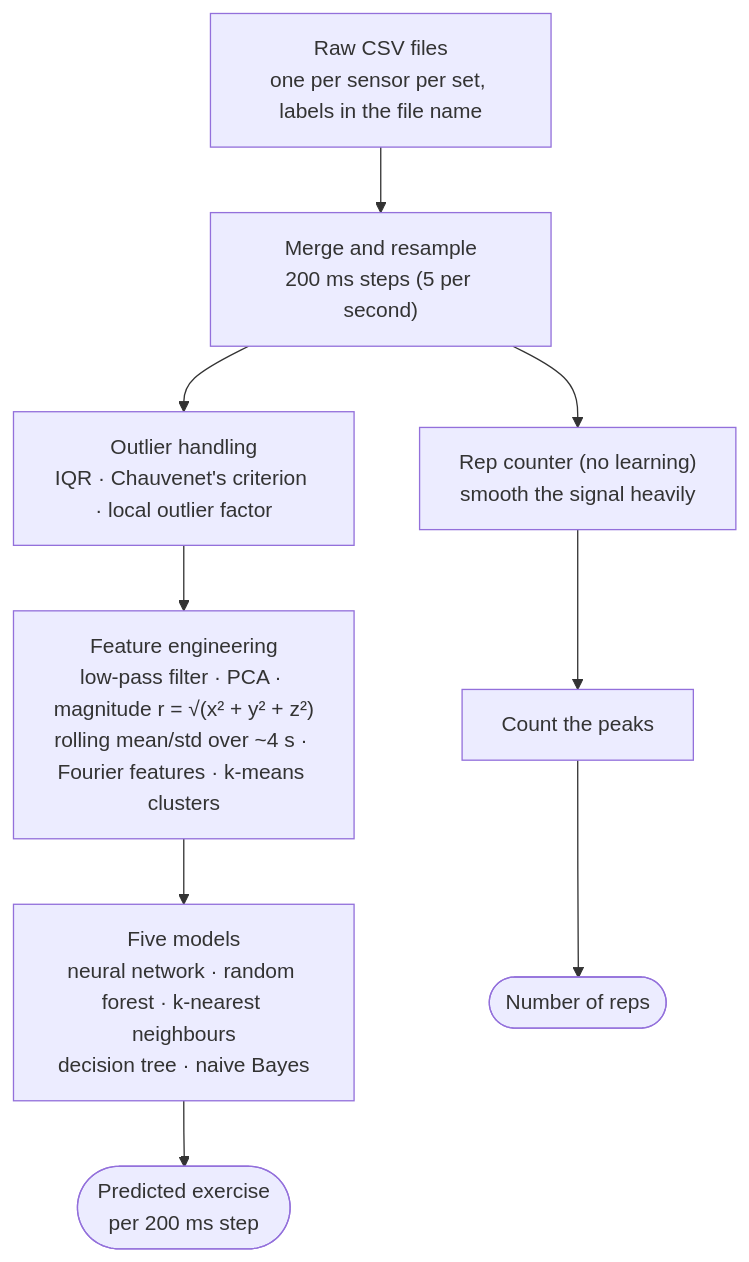
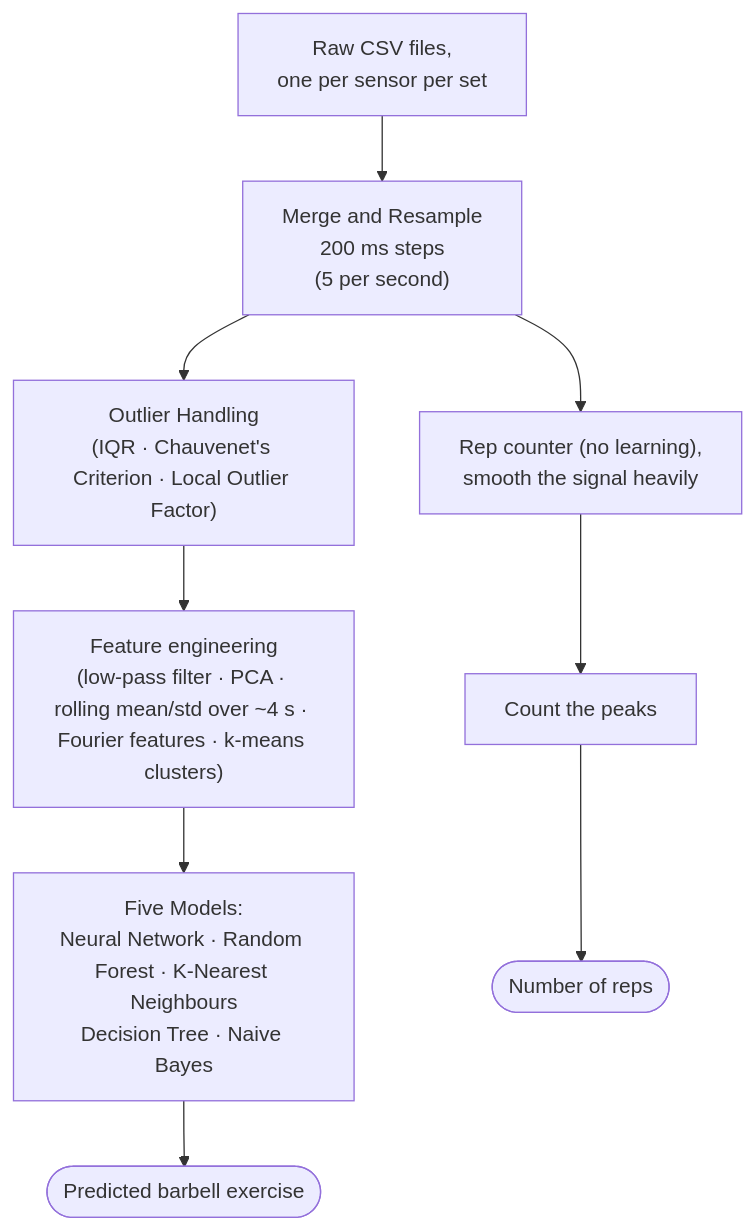
The diagram in docs/blog/post-00-from-tutorial-to-product.md (TaimoorAleem/Proprio), drawn with Mermaid before and after one commit. The commit also changed other lines of this file and 6 other files, not shown here.

````diff
--- a/docs/blog/post-00-from-tutorial-to-product.md
+++ b/docs/blog/post-00-from-tutorial-to-product.md
@@ -54,15 +56,15 @@
 ```mermaid
 flowchart TD
-    A["Raw CSV files<br/>one per sensor per set, labels in the file name"]
-    B["Merge and resample<br/>200 ms steps (5 per second)"]
-    C["Outlier handling<br/>IQR · Chauvenet's criterion · local outlier factor"]
-    D["Feature engineering<br/>low-pass filter · PCA · magnitude r = √(x² + y² + z²)<br/>rolling mean/std over ~4 s · Fourier features · k-means clusters"]
-    E["Five models<br/>neural network · random forest · k-nearest neighbours<br/>decision tree · naive Bayes"]
-    F(["Predicted exercise<br/>per 200 ms step"])
-    R1["Rep counter (no learning)<br/>smooth the signal heavily"]
+    A["Raw CSV files,<br/>one per sensor per set"]
+    B["Merge and Resample<br/>200 ms steps<br/>(5 per second)"]
+    C["Outlier Handling<br/>(IQR · Chauvenet's Criterion · Local Outlier Factor)"]
+    D["Feature engineering<br/>(low-pass filter · PCA · rolling mean/std over ~4 s · Fourier features · k-means clusters)"]
+    E["Five Models:<br/>Neural Network · Random Forest · K-Nearest Neighbours<br/>Decision Tree · Naive Bayes"]
+    F(["Predicted barbell exercise"])
+    R1["Rep counter (no learning),<br/>smooth the signal heavily"]
     R2["Count the peaks"]
     R3(["Number of reps"])
 
     A --> B --> C --> D --> E --> F
     B --> R1 --> R2 --> R3
 ```
````
